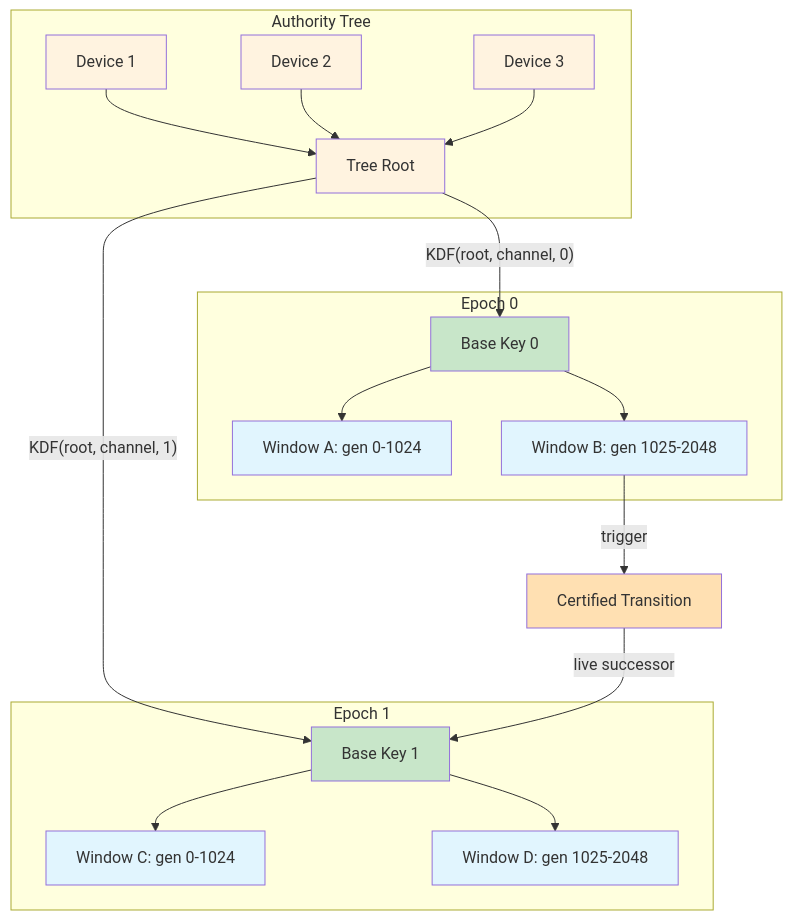
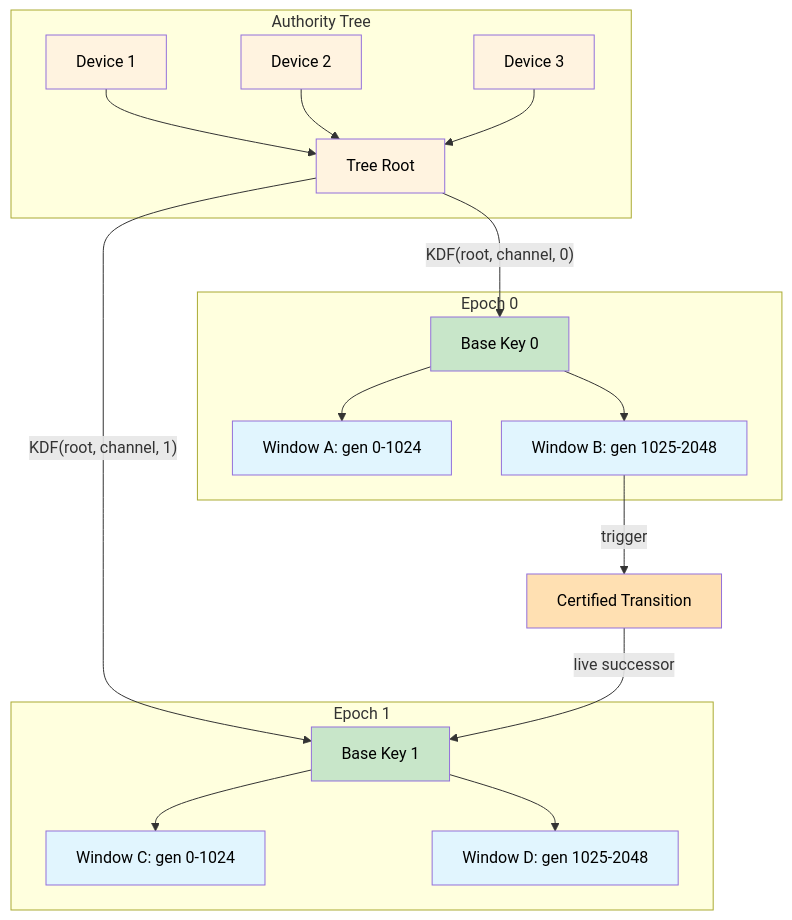
One commit to hxrts/weboftru.st changed the diagram in content/post/00-p2p-resilience.md. Above: the diagram before and after it, drawn with Mermaid. The commit also changed 6 other files, not shown here.

Commit message:
Fix repeated diagrams and align diagram theme colors

````diff
--- a/content/post/00-p2p-resilience.md
+++ b/content/post/00-p2p-resilience.md
@@ -92,37 +92,38 @@
 ```mermaid
 flowchart TD
+    classDef default color:#000
     subgraph Authority ["Authority Tree"]
         Root[Tree Root]
         D1[Device 1] --> Root
         D2[Device 2] --> Root
         D3[Device 3] --> Root
     end
 
     subgraph Epoch0 ["Epoch 0"]
         Root --> |"KDF(root, channel, 0)"| Base0[Base Key 0]
         Base0 --> W0A["Window A: gen 0-1024"]
         Base0 --> W0B["Window B: gen 1025-2048"]
     end
 
     W0B --> |"trigger"| Transition[Certified Transition]
 
     subgraph Epoch1 ["Epoch 1"]
         Root --> |"KDF(root, channel, 1)"| Base1[Base Key 1]
         Base1 --> W1C["Window C: gen 0-1024"]
         Base1 --> W1D["Window D: gen 1025-2048"]
     end
 
     Transition --> |"live successor"| Base1
 
     style Root fill:#fff3e0
     style D1 fill:#fff3e0
     style D2 fill:#fff3e0
     style D3 fill:#fff3e0
     style Base0 fill:#c8e6c9
     style Base1 fill:#c8e6c9
     style W0A fill:#e1f5fe
     style W0B fill:#e1f5fe
     style W1C fill:#e1f5fe
     style W1D fill:#e1f5fe
     style Transition fill:#ffe0b2
 ```
````
